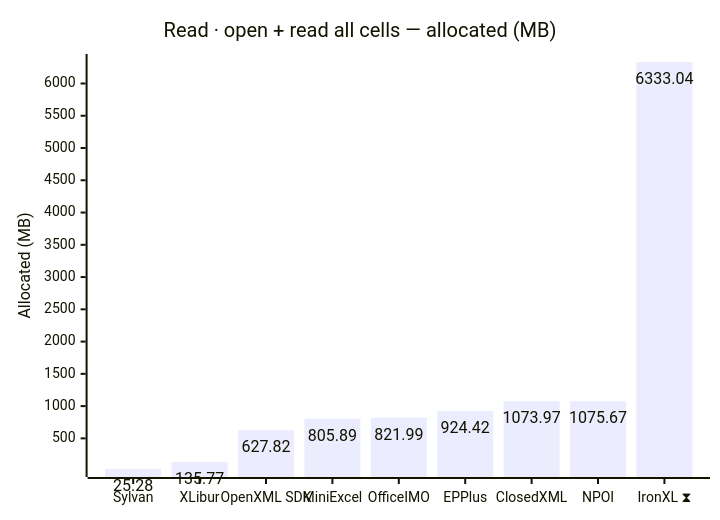
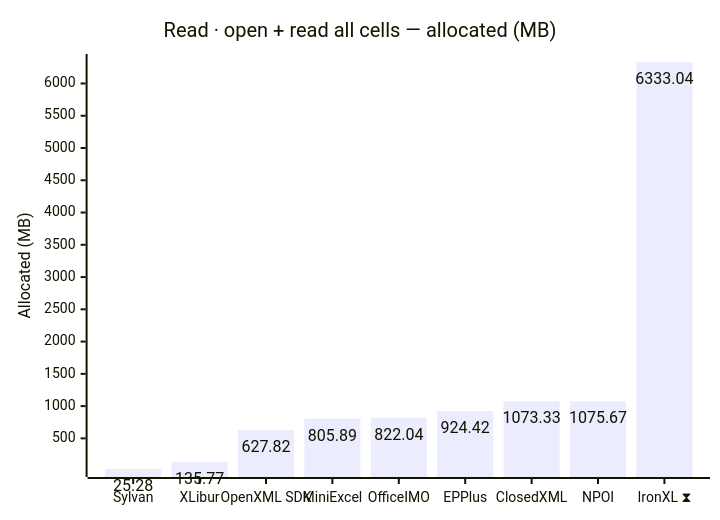
Before and after one commit to jafin/XLBench: the fourth of 18 diagrams in docs/results-ci.md, drawn with Mermaid. The commit also changed other lines of this file, not shown here.

````diff
--- a/docs/results-ci.md
+++ b/docs/results-ci.md
@@ -82,12 +82,12 @@
 ```mermaid
 ---
 config:
   xyChart:
     showDataLabel: true
 ---
 xychart-beta
     title "Read · open + read all cells — allocated (MB)"
     x-axis ["Sylvan", "XLibur", "OpenXML SDK", "MiniExcel", "OfficeIMO", "EPPlus", "ClosedXML", "NPOI", "IronXL ⧗"]
     y-axis "Allocated (MB)"
-    bar [25.28, 135.77, 627.82, 805.89, 821.99, 924.42, 1073.97, 1075.67, 6333.04]
+    bar [25.28, 135.77, 627.82, 805.89, 822.04, 924.42, 1073.33, 1075.67, 6333.04]
 ```
````
